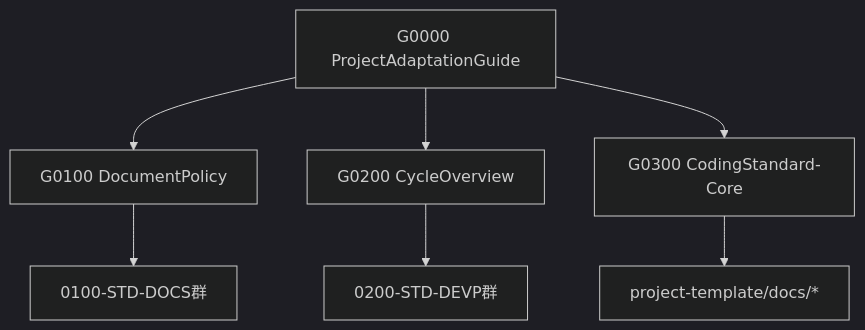
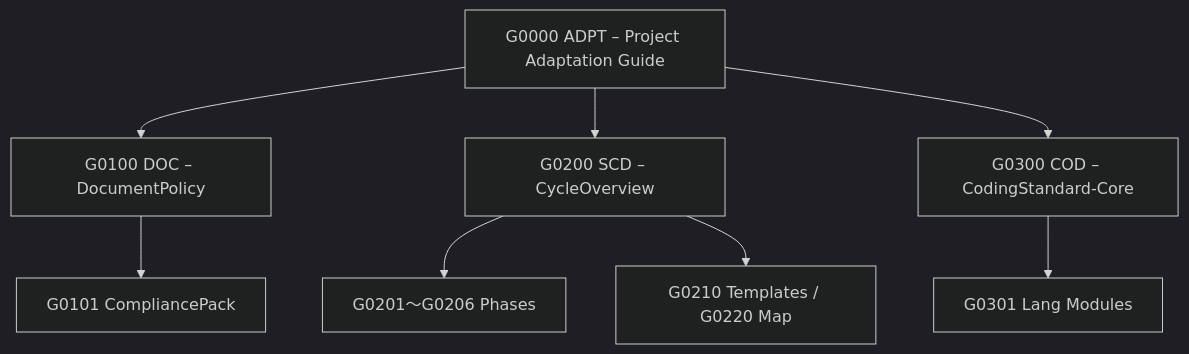
One commit to tkoba0410/DocFoundry changed the diagram in README.md. Above: the diagram before and after it, drawn with Mermaid (dark theme). The commit also changed other lines of this file and 49 other files, not shown here.

````diff
--- a/README.md
+++ b/README.md
@@ -110,9 +31,14 @@
 ```mermaid
 flowchart TB
-  A[G0000 ProjectAdaptationGuide] --> B[G0100 DocumentPolicy]
-  A --> C[G0200 CycleOverview]
-  A --> D[G0300 CodingStandard-Core]
-  B --> E[0100-STD-DOCS群]
-  C --> F[0200-STD-DEVP群]
-  D --> G[project-template/docs/*]
+  A[G0000 ADPT – Project Adaptation Guide]
+  B[G0100 DOC – DocumentPolicy]
+  C[G0200 SCD – CycleOverview]
+  D[G0300 COD – CodingStandard-Core]
+  A --> B
+  A --> C
+  A --> D
+  B --> E[G0101 CompliancePack]
+  C --> F[G0201〜G0206 Phases]
+  C --> G[G0210 Templates / G0220 Map]
+  D --> H[G0301 Lang Modules]
 ```
````
